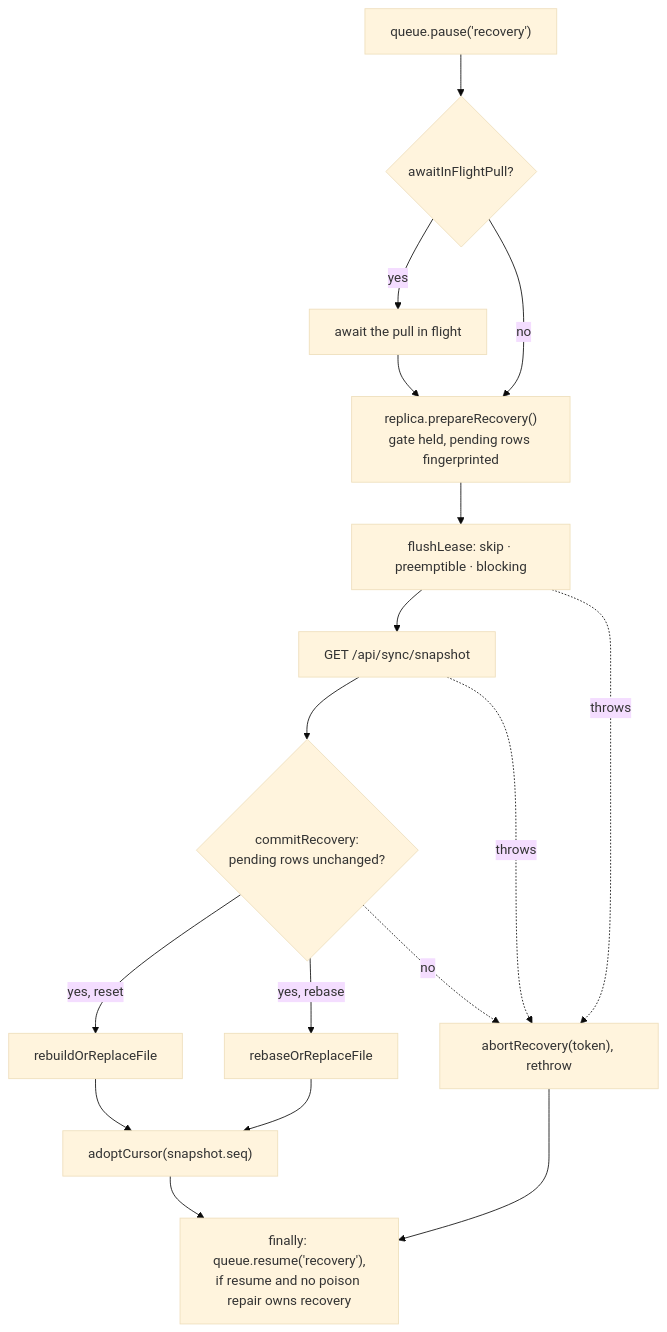
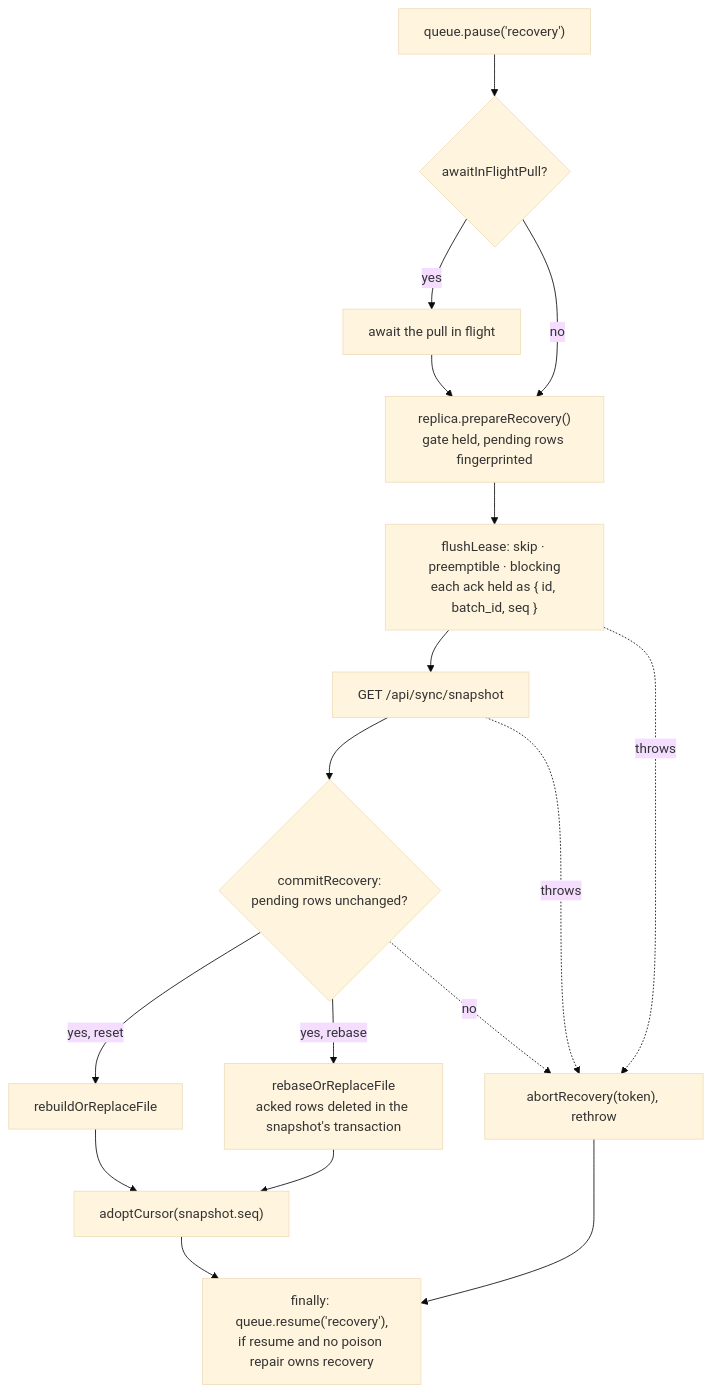
Before and after one commit to ArthurClune/pkm-system: the second of 2 diagrams in docs/architecture/sync-recovery.md, drawn with Mermaid (base theme). The commit also changed other lines of this file and 2 other files, not shown here.

First line of the commit message:
docs(pkm-yvka): recovery deletes acked rows before the replay

````diff
--- a/docs/architecture/sync-recovery.md
+++ b/docs/architecture/sync-recovery.md
@@ -308,18 +312,18 @@
 ```mermaid
 flowchart TD
     P["queue.pause('recovery')"] --> AW{"awaitInFlightPull?"}
     AW -->|yes| WP["await the pull in flight"] --> L
     AW -->|no| L["replica.prepareRecovery()<br/>gate held, pending rows fingerprinted"]
-    L --> F["flushLease: skip · preemptible · blocking"]
+    L --> F["flushLease: skip · preemptible · blocking<br/>each ack held as { id, batch_id, seq }"]
     F --> S["GET /api/sync/snapshot"]
     S --> C{"commitRecovery:<br/>pending rows unchanged?"}
     C -->|"yes, reset"| RB["rebuildOrReplaceFile"]
-    C -->|"yes, rebase"| RS["rebaseOrReplaceFile"]
+    C -->|"yes, rebase"| RS["rebaseOrReplaceFile<br/>acked rows deleted in the snapshot's transaction"]
     RB --> OK["adoptCursor(snapshot.seq)"]
     RS --> OK
     C -.->|no| AB["abortRecovery(token), rethrow"]
     F -.->|throws| AB
     S -.->|throws| AB
     OK --> R["finally: queue.resume('recovery'),<br/>if resume and no poison repair owns recovery"]
     AB --> R
 ```
````
